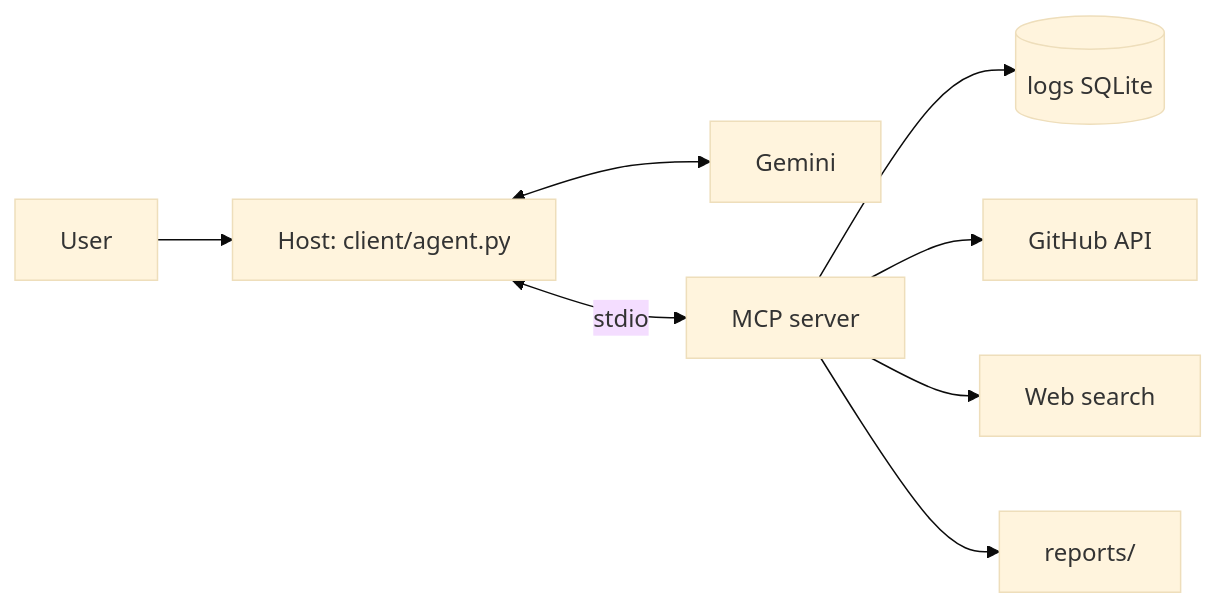
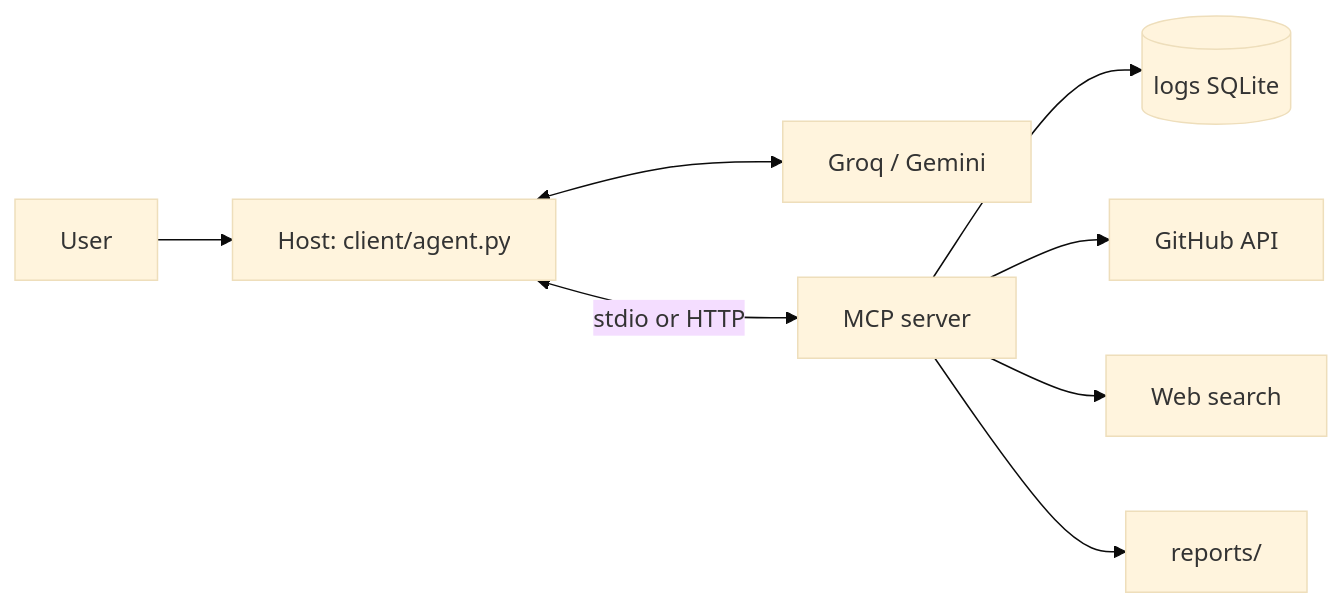
One commit to Jibril1001/mcp_v1 changed the diagram in SUMMARY.md. Above: the diagram before and after it, drawn with Mermaid (base theme). The commit also changed other lines of this file and 14 other files, not shown here.

Commit message:
Phase 6: Groq provider, HTTP transport client, scoped bearer auth

````diff
--- a/SUMMARY.md
+++ b/SUMMARY.md
@@ -38,10 +40,10 @@
 ```mermaid
 flowchart LR
   U[User] --> H[Host: client/agent.py]
-  H <--> L[Gemini]
-  H <-->|stdio| S[MCP server]
+  H <--> L[Groq / Gemini]
+  H <-->|stdio or HTTP| S[MCP server]
   S --> DB[(logs SQLite)]
   S --> GH[GitHub API]
   S --> W[Web search]
   S --> R[reports/]
 ```
````
